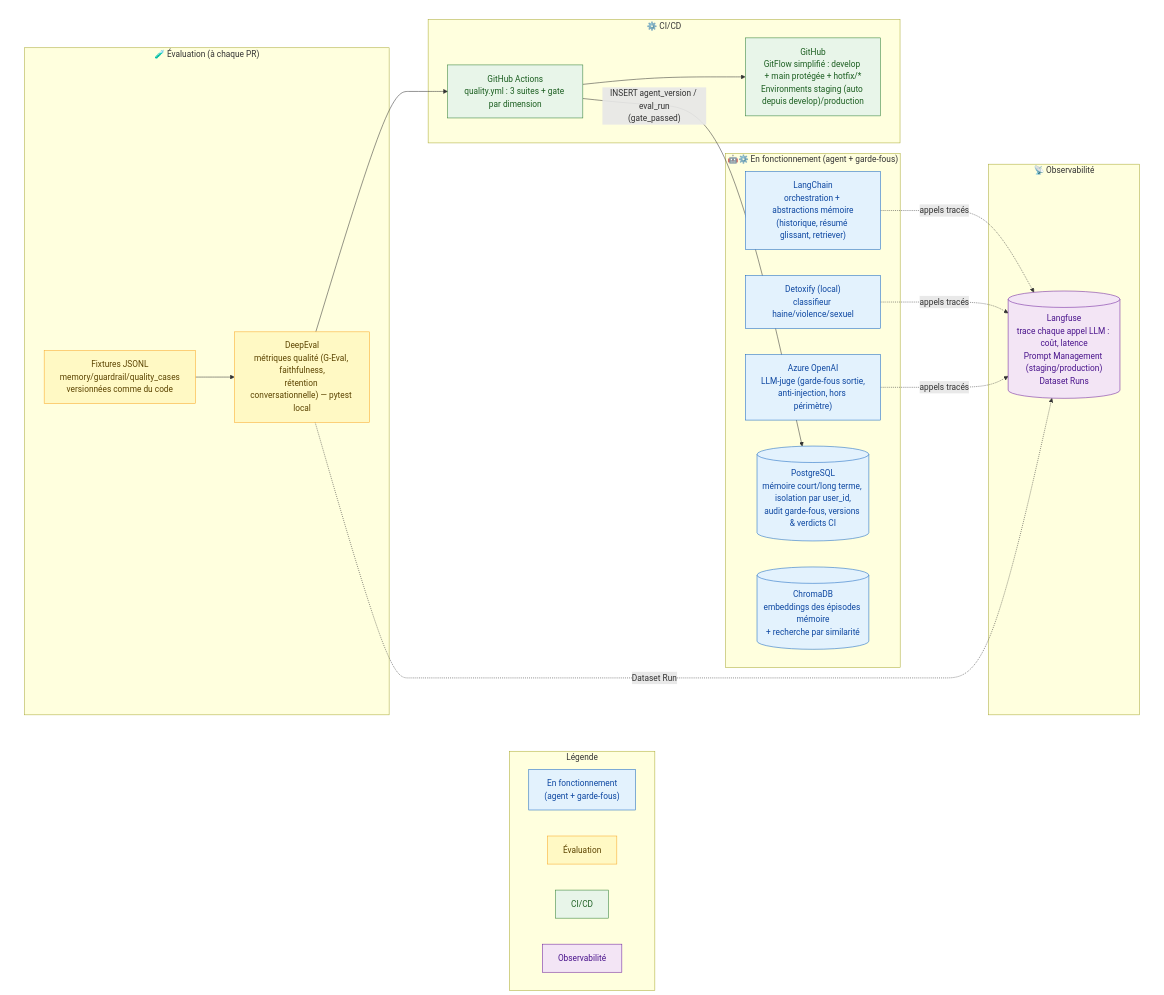
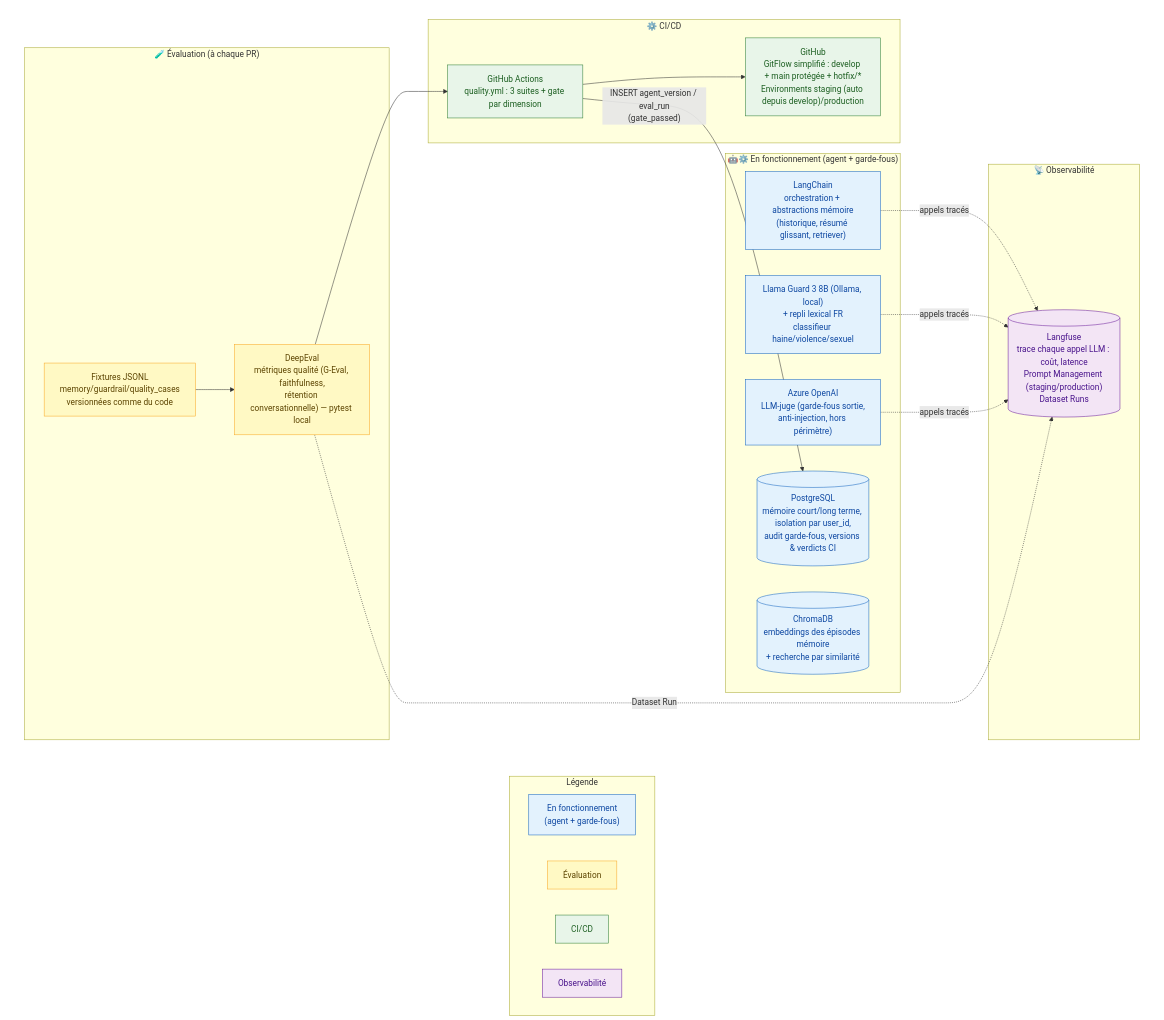
Before and after one commit to sofiane-git/velmo-v2: the diagram in docs/job/schemas/04-outils.md, drawn with Mermaid. The commit also changed other lines of this file, not shown here.

Commit message:
docs(schemas): update tooling diagram for Llama Guard 3 migration
04-outils.md still described Detoxify as the local classifier;
reflect the switch to Llama Guard 3 8B (Ollama) with lexical FR
fallback, already live in the guardrails pipeline.

````diff
--- a/docs/job/schemas/04-outils.md
+++ b/docs/job/schemas/04-outils.md
@@ -7,56 +7,56 @@
 ```mermaid
 flowchart TB
     subgraph MAIN[" "]
         subgraph AGENT["🤖⚙️ En fonctionnement (agent + garde-fous)"]
             LC["LangChain<br/>orchestration + abstractions mémoire<br/>(historique, résumé glissant, retriever)"]
             PG[("PostgreSQL<br/>mémoire court/long terme, isolation par user_id,<br/>audit garde-fous, versions & verdicts CI")]
             CH[("ChromaDB<br/>embeddings des épisodes mémoire<br/>+ recherche par similarité")]
-            DTX["Detoxify (local)<br/>classifieur haine/violence/sexuel"]
+            LGM["Llama Guard 3 8B (Ollama, local)<br/>+ repli lexical FR<br/>classifieur haine/violence/sexuel"]
             AZ["Azure OpenAI<br/>LLM-juge (garde-fous sortie,<br/>anti-injection, hors périmètre)"]
         end
 
         subgraph EVAL["🧪 Évaluation (à chaque PR)"]
             JSONL["Fixtures JSONL<br/>memory/guardrail/quality_cases<br/>versionnées comme du code"]
             DE["DeepEval<br/>métriques qualité (G-Eval, faithfulness,<br/>rétention conversationnelle) — pytest local"]
         end
 
         subgraph CI["⚙️ CI/CD"]
             GHA["GitHub Actions<br/>quality.yml : 3 suites + gate par dimension"]
             GH["GitHub<br/>GitFlow simplifié : develop + main protégée + hotfix/*<br/>Environments staging (auto depuis develop)/production"]
         end
 
         subgraph OBS["📡 Observabilité"]
             LF[("Langfuse<br/>trace chaque appel LLM : coût, latence<br/>Prompt Management (staging/production)<br/>Dataset Runs")]
         end
 
         JSONL --> DE --> GHA
         GHA --> GH
         LC -.->|"appels tracés"| LF
-        DTX -.->|"appels tracés"| LF
+        LGM -.->|"appels tracés"| LF
         AZ -.->|"appels tracés"| LF
         DE -.->|"Dataset Run"| LF
         GHA -->|"INSERT agent_version / eval_run<br/>(gate_passed)"| PG
     end
 
     MAIN --- LG1
 
     subgraph LEGEND["Légende"]
         direction LR
         LG1["En fonctionnement<br/>(agent + garde-fous)"]
         LG2["Évaluation"]
         LG3["CI/CD"]
         LG4["Observabilité"]
     end
 
     classDef agent fill:#e3f2fd,stroke:#1565c0,color:#0d47a1;
     classDef eval fill:#fff9c4,stroke:#f9a825,color:#5c4400;
     classDef ci fill:#e8f5e9,stroke:#2e7d32,color:#1b5e20;
     classDef obs fill:#f3e5f5,stroke:#6a1b9a,color:#4a148c;
-    class LC,PG,CH,DTX,AZ,LG1 agent;
+    class LC,PG,CH,LGM,AZ,LG1 agent;
     class JSONL,DE,LG2 eval;
     class GHA,GH,LG3 ci;
     class LF,LG4 obs;
     style MAIN fill:none,stroke:none;
     %% connecteur invisible (force la légende en bas) — index = ordre des flèches, recalculer si le flux change
     linkStyle 8 stroke:none;
 ```
````
